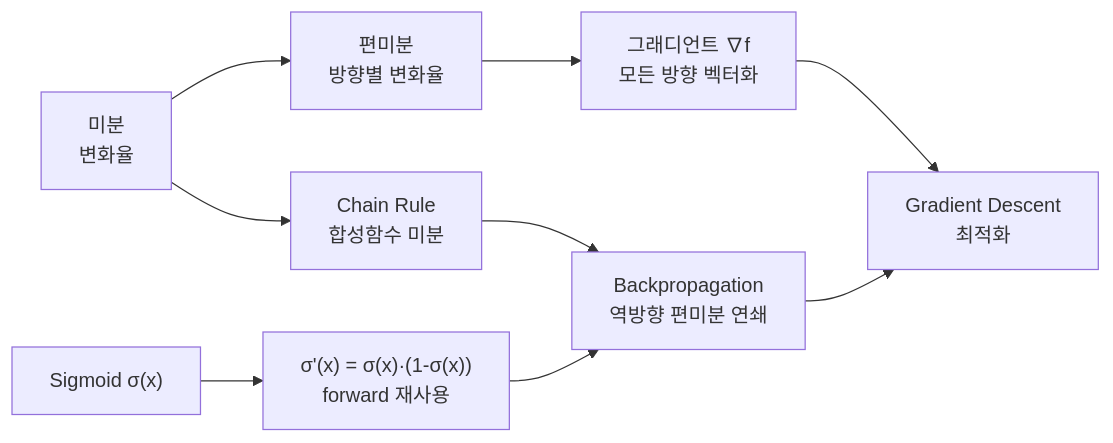
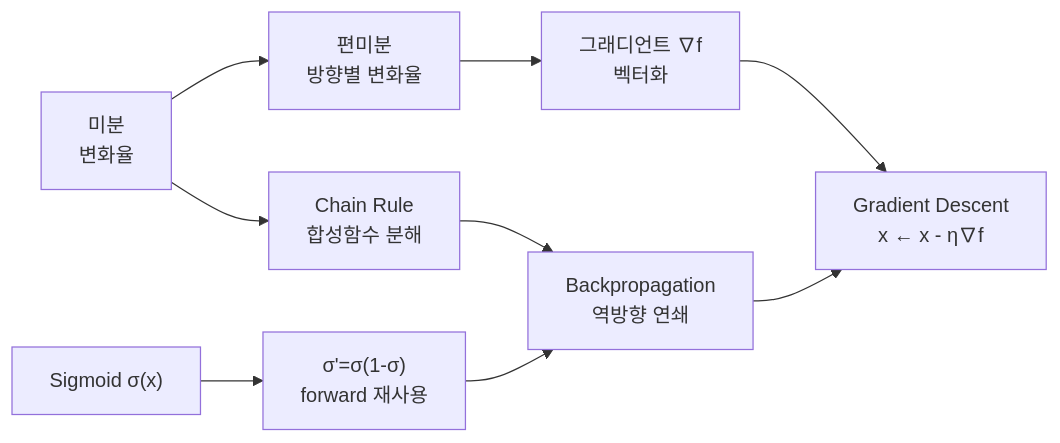
The first of 3 diagrams in ML/20260507.md (Siegfriex/hongikUniv.), drawn with Mermaid before and after one commit. The commit also changed other lines of this file, not shown here.

````diff
--- a/ML/20260507.md
+++ b/ML/20260507.md
@@ -64,11 +46,11 @@
 ```mermaid
 flowchart LR
     A["미분<br/>변화율"] --> B["편미분<br/>방향별 변화율"]
-    B --> C["그래디언트 ∇f<br/>모든 방향 벡터화"]
-    C --> D["Gradient Descent<br/>최적화"]
-    A --> E["Chain Rule<br/>합성함수 미분"]
-    E --> F["Backpropagation<br/>역방향 편미분 연쇄"]
+    B --> C["그래디언트 ∇f<br/>벡터화"]
+    C --> D["Gradient Descent<br/>x ← x - η∇f"]
+    A --> E["Chain Rule<br/>합성함수 분해"]
+    E --> F["Backpropagation<br/>역방향 연쇄"]
     F --> D
-    G["Sigmoid σ(x)"] --> H["σ'(x) = σ(x)·(1-σ(x))<br/>forward 재사용"]
+    G["Sigmoid σ(x)"] --> H["σ'=σ(1-σ)<br/>forward 재사용"]
     H --> F
 ```
````
